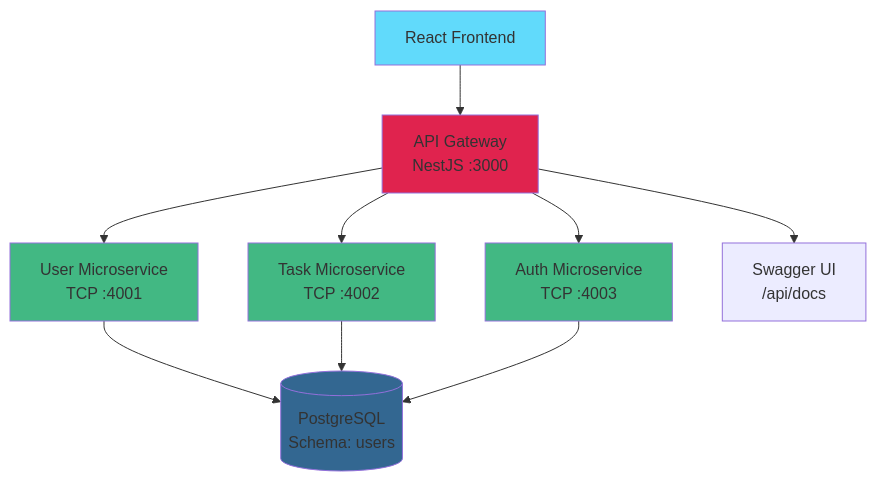
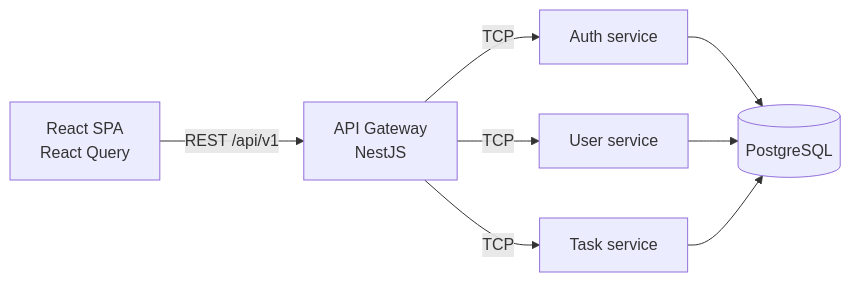
One commit to whoyoshome/task-management changed the diagram in README.md. Above: the diagram before and after it, drawn with Mermaid. The commit also changed other lines of this file and 7 other files, not shown here.

````diff
--- a/README.md
+++ b/README.md
@@ -66,20 +39,10 @@
 ```mermaid
-graph TB
-    Client[React Frontend] --> Gateway[API Gateway<br/>NestJS :3000]
-    Gateway --> UserMS[User Microservice<br/>TCP :4001]
-    Gateway --> TaskMS[Task Microservice<br/>TCP :4002]
-    Gateway --> AuthMS[Auth Microservice<br/>TCP :4003]
-    
-    UserMS --> DB[(PostgreSQL<br/>Schema: users)]
+graph LR
+    Client[React SPA<br/>React Query] -->|REST /api/v1| Gateway[API Gateway<br/>NestJS]
+    Gateway -->|TCP| AuthMS[Auth service]
+    Gateway -->|TCP| UserMS[User service]
+    Gateway -->|TCP| TaskMS[Task service]
+    AuthMS --> DB[(PostgreSQL)]
+    UserMS --> DB
     TaskMS --> DB
-    AuthMS --> DB
-    
-    Gateway --> Swagger[Swagger UI<br/>/api/docs]
-    
-    style Gateway fill:#e0234e
-    style UserMS fill:#42b883
-    style TaskMS fill:#42b883
-    style AuthMS fill:#42b883
-    style DB fill:#336791
-    style Client fill:#61dafb
 ```
````
